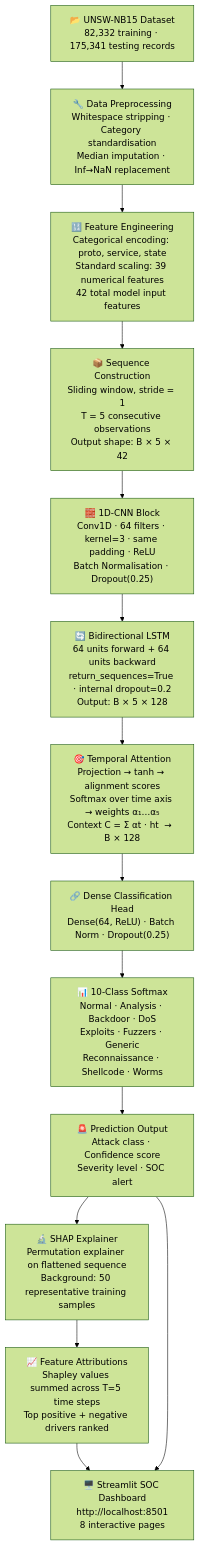
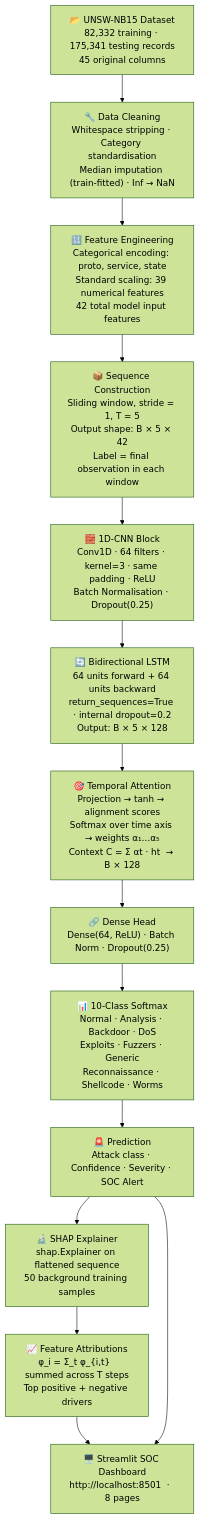
One commit to norriy0u/Explainable-Hybrid-Deep-Learning-IDS changed the diagram in README.md. Above: the diagram before and after it, drawn with Mermaid (forest theme). The commit also changed other lines of this file and 30 other files, not shown here.

````diff
--- a/README.md
+++ b/README.md
@@ -87,21 +128,20 @@
 ```mermaid
 flowchart TD
-    A["📂 UNSW-NB15 Dataset\n82,332 training · 175,341 testing records"]
-    B["🔧 Data Preprocessing\nWhitespace stripping · Category standardisation\nMedian imputation · Inf→NaN replacement"]
+    A["📂 UNSW-NB15 Dataset\n82,332 training · 175,341 testing records\n45 original columns"]
+    B["🔧 Data Cleaning\nWhitespace stripping · Category standardisation\nMedian imputation (train-fitted) · Inf → NaN"]
     C["🔢 Feature Engineering\nCategorical encoding: proto, service, state\nStandard scaling: 39 numerical features\n42 total model input features"]
-    D["📦 Sequence Construction\nSliding window, stride = 1\nT = 5 consecutive observations\nOutput shape: B × 5 × 42"]
+    D["📦 Sequence Construction\nSliding window, stride = 1, T = 5\nOutput shape: B × 5 × 42\nLabel = final observation in each window"]
     E["🧱 1D-CNN Block\nConv1D · 64 filters · kernel=3 · same padding · ReLU\nBatch Normalisation · Dropout(0.25)"]
     F["🔄 Bidirectional LSTM\n64 units forward + 64 units backward\nreturn_sequences=True · internal dropout=0.2\nOutput: B × 5 × 128"]
-    G["🎯 Temporal Attention\nProjection → tanh → alignment scores\nSoftmax over time axis → weights α₁…α₅\nContext C = Σ αt · ht  →  B × 128"]
-    H["🔗 Dense Classification Head\nDense(64, ReLU) · Batch Norm · Dropout(0.25)"]
+    G["🎯 Temporal Attention\nProjection → tanh → alignment scores\nSoftmax over time axis → weights α₁…α₅\nContext C = Σ αt · ht  → B × 128"]
+    H["🔗 Dense Head\nDense(64, ReLU) · Batch Norm · Dropout(0.25)"]
     I["📊 10-Class Softmax\nNormal · Analysis · Backdoor · DoS\nExploits · Fuzzers · Generic\nReconnaissance · Shellcode · Worms"]
-    J["🚨 Prediction Output\nAttack class · Confidence score\nSeverity level · SOC alert"]
-
-    SHAP1["🔬 SHAP Explainer\nPermutation explainer on flattened sequence\nBackground: 50 representative training samples"]
-    SHAP2["📈 Feature Attributions\nShapley values summed across T=5 time steps\nTop positive + negative drivers ranked"]
-    DASH["🖥️ Streamlit SOC Dashboard\nhttp://localhost:8501\n8 interactive pages"]
+    J["🚨 Prediction\nAttack class · Confidence · Severity · SOC Alert"]
+    SHAP1["🔬 SHAP Explainer\nshap.Explainer on flattened sequence\n50 background training samples"]
+    SHAP2["📈 Feature Attributions\nφ_i = Σ_t φ_{i,t}  summed across T steps\nTop positive + negative drivers"]
+    DASH["🖥️ Streamlit SOC Dashboard\nhttp://localhost:8501  ·  8 pages"]
 
     A --> B --> C --> D --> E --> F --> G --> H --> I --> J
     J --> SHAP1 --> SHAP2 --> DASH
     J --> DASH
 ```
````
